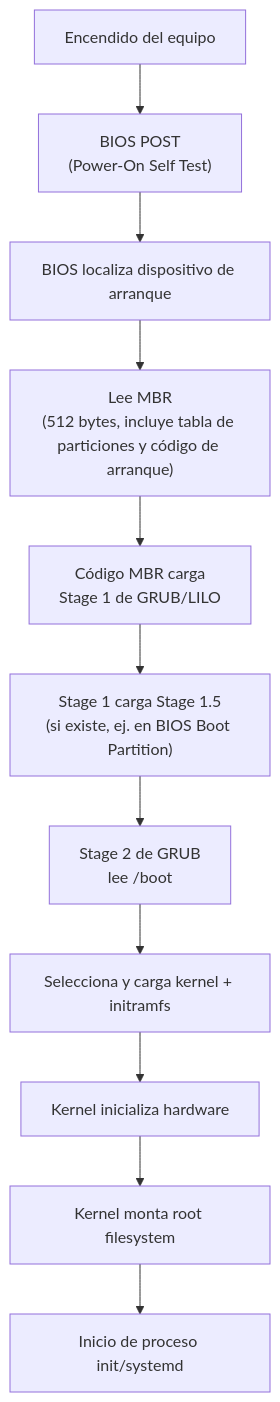
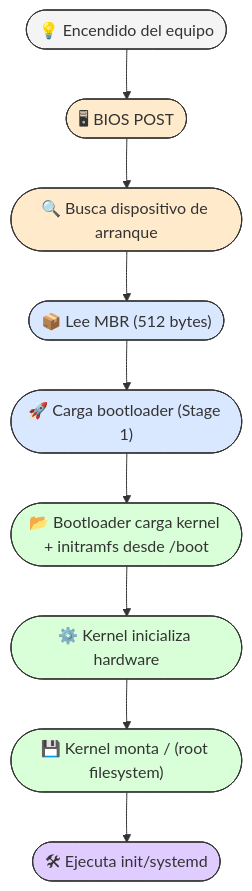
The first of 3 diagrams in Anexos_LFS4Students-ES/Bios_boot-UEFI.md (GualaDRAKE/LFS4Students-ES), drawn with Mermaid before and after one commit. The commit also changed other lines of this file, not shown here.

````diff
--- a/Anexos_LFS4Students-ES/Bios_boot-UEFI.md
+++ b/Anexos_LFS4Students-ES/Bios_boot-UEFI.md
@@ -284,13 +140,21 @@
 ```mermaid
 flowchart TD
-    A["Encendido del equipo"] --> B["BIOS POST<br>(Power-On Self Test)"]
-    B --> C["BIOS localiza dispositivo de arranque"]
-    C --> D["Lee MBR<br>(512 bytes, incluye tabla de particiones y código de arranque)"]
-    D --> E["Código MBR carga<br>Stage 1 de GRUB/LILO"]
-    E --> F["Stage 1 carga Stage 1.5<br>(si existe, ej. en BIOS Boot Partition)"]
-    F --> G["Stage 2 de GRUB<br>lee /boot"]
-    G --> H["Selecciona y carga kernel + initramfs"]
-    H --> I["Kernel inicializa hardware"]
-    I --> J["Kernel monta root filesystem"]
-    J --> K["Inicio de proceso init/systemd"]
+    A(["💡 Encendido del equipo"]) --> B(["🖥 BIOS POST"])
+    B --> C(["🔍 Busca dispositivo de arranque"])
+    C --> D(["📦 Lee MBR (512 bytes)"])
+    D --> E(["🚀 Carga bootloader (Stage 1)"])
+    E --> F(["📂 Bootloader carga kernel + initramfs desde /boot"])
+    F --> G(["⚙️ Kernel inicializa hardware"])
+    G --> H(["💾 Kernel monta / (root filesystem)"])
+    H --> I(["🛠 Ejecuta init/systemd"])
+
+    style A fill:#f4f4f4,stroke:#333,stroke-width:1px
+    style B fill:#ffebcc,stroke:#333,stroke-width:1px
+    style C fill:#ffebcc,stroke:#333,stroke-width:1px
+    style D fill:#d9e8ff,stroke:#333,stroke-width:1px
+    style E fill:#d9e8ff,stroke:#333,stroke-width:1px
+    style F fill:#d9ffd9,stroke:#333,stroke-width:1px
+    style G fill:#d9ffd9,stroke:#333,stroke-width:1px
+    style H fill:#d9ffd9,stroke:#333,stroke-width:1px
+    style I fill:#e0ccff,stroke:#333,stroke-width:1px
 ```
````
